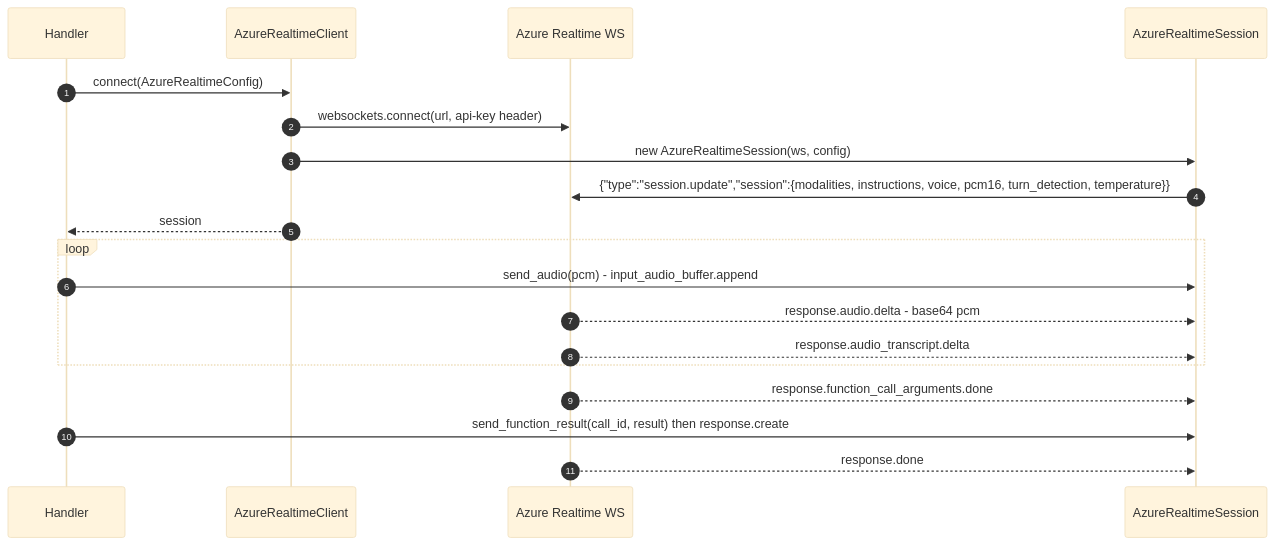
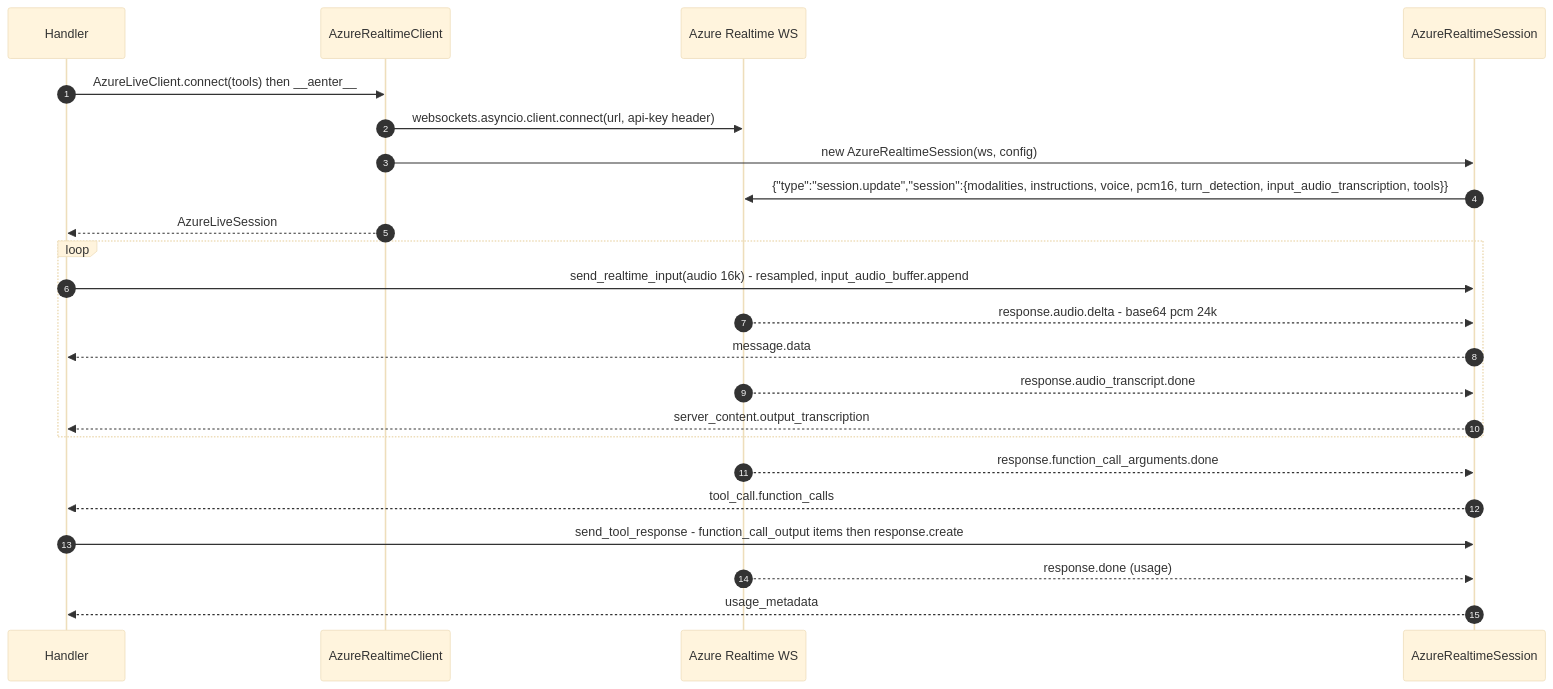
The tenth of 32 diagrams in docs/current/12-voice-and-telephony.md (gondolerahul/hire-buddha-app), drawn with Mermaid (base theme) before and after one commit. The commit also changed other lines of this file and 8 other files, not shown here.

First line of the commit message:
fix(voice): Azure OpenAI Realtime runs a call the way Gemini Live does (VT-02, HD10)

````diff
--- a/docs/current/12-voice-and-telephony.md
+++ b/docs/current/12-voice-and-telephony.md
@@ -579,22 +605,26 @@
 ```mermaid
 sequenceDiagram
     autonumber
     participant H as Handler
     participant C as AzureRealtimeClient
     participant WS as Azure Realtime WS
     participant S as AzureRealtimeSession
 
-    H->>C: connect(AzureRealtimeConfig)
-    C->>WS: websockets.connect(url, api-key header)
+    H->>C: AzureLiveClient.connect(tools) then __aenter__
+    C->>WS: websockets.asyncio.client.connect(url, api-key header)
     C->>S: new AzureRealtimeSession(ws, config)
-    S->>WS: {"type":"session.update","session":{modalities, instructions, voice, pcm16, turn_detection, temperature}}
-    C-->>H: session
+    S->>WS: {"type":"session.update","session":{modalities, instructions, voice, pcm16, turn_detection, input_audio_transcription, tools}}
+    C-->>H: AzureLiveSession
     loop
-        H->>S: send_audio(pcm) - input_audio_buffer.append
-        WS-->>S: response.audio.delta - base64 pcm
-        WS-->>S: response.audio_transcript.delta
+        H->>S: send_realtime_input(audio 16k) - resampled, input_audio_buffer.append
+        WS-->>S: response.audio.delta - base64 pcm 24k
+        S-->>H: message.data
+        WS-->>S: response.audio_transcript.done
+        S-->>H: server_content.output_transcription
     end
     WS-->>S: response.function_call_arguments.done
-    H->>S: send_function_result(call_id, result) then response.create
-    WS-->>S: response.done
+    S-->>H: tool_call.function_calls
+    H->>S: send_tool_response - function_call_output items then response.create
+    WS-->>S: response.done (usage)
+    S-->>H: usage_metadata
 ```
````
